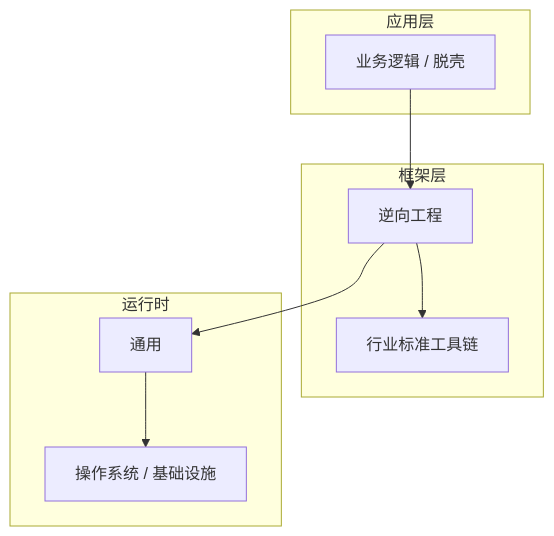
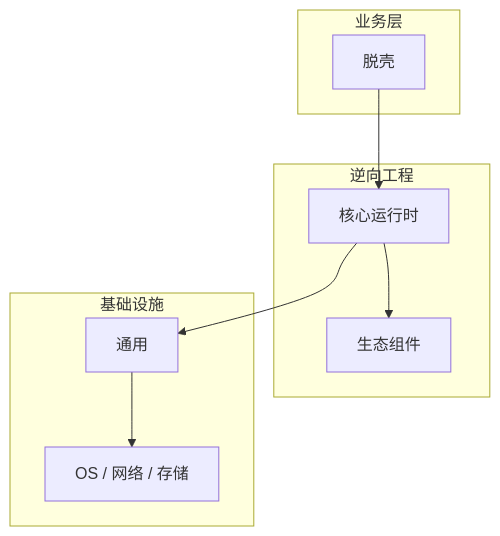
Before and after one commit to yanggan2015/knowledge-json-v2: the diagram in articles/逆向工程/chapters/056-保护层分析核心概念与原理.md, drawn with Mermaid. The commit also changed other lines of this file and 10127 other files, not shown here.

````diff
--- a/articles/逆向工程/chapters/056-保护层分析核心概念与原理.md
+++ b/articles/逆向工程/chapters/056-保护层分析核心概念与原理.md
@@ -46,18 +31,18 @@
 ```mermaid
 graph TB
-    subgraph 应用层
-        A[业务逻辑 / 脱壳]
+    subgraph 业务层
+        A[脱壳]
     end
-    subgraph 框架层
-        B[逆向工程]
-        C[行业标准工具链]
+    subgraph 逆向工程
+        B[核心运行时]
+        C[生态组件]
     end
-    subgraph 运行时
+    subgraph 基础设施
         D[通用]
-        E[操作系统 / 基础设施]
+        E[OS / 网络 / 存储]
     end
     A --> B
     B --> C
     B --> D
     D --> E
 ```
````
